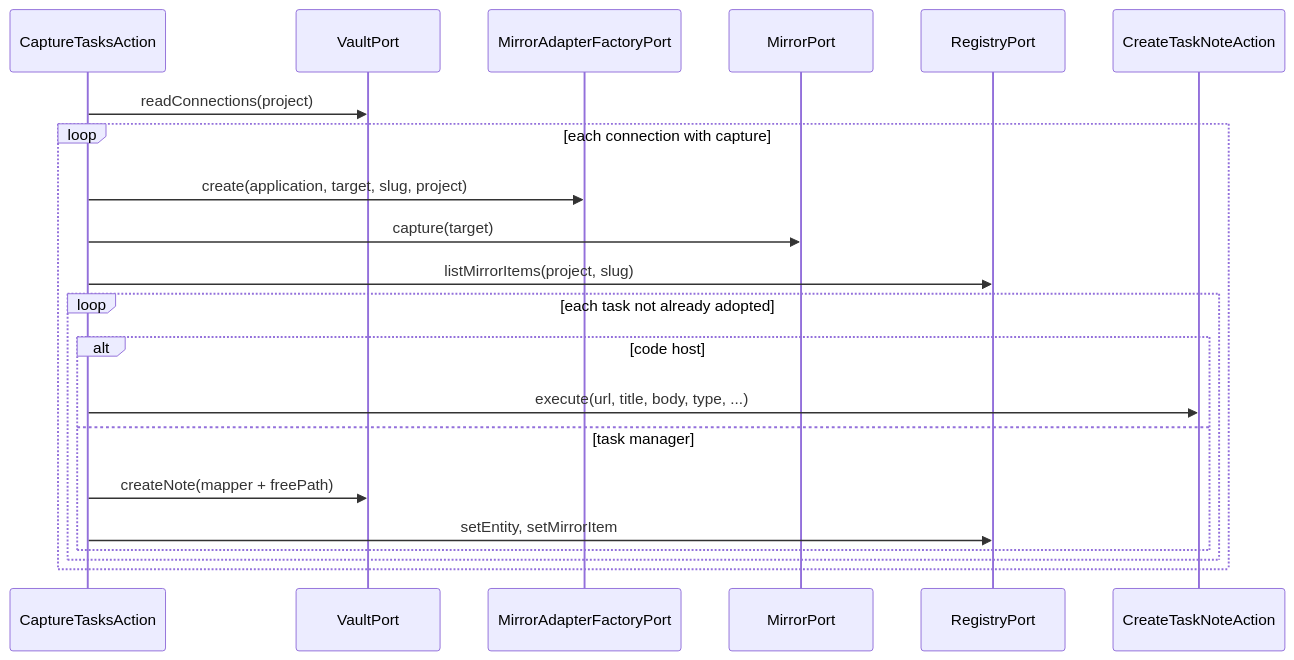
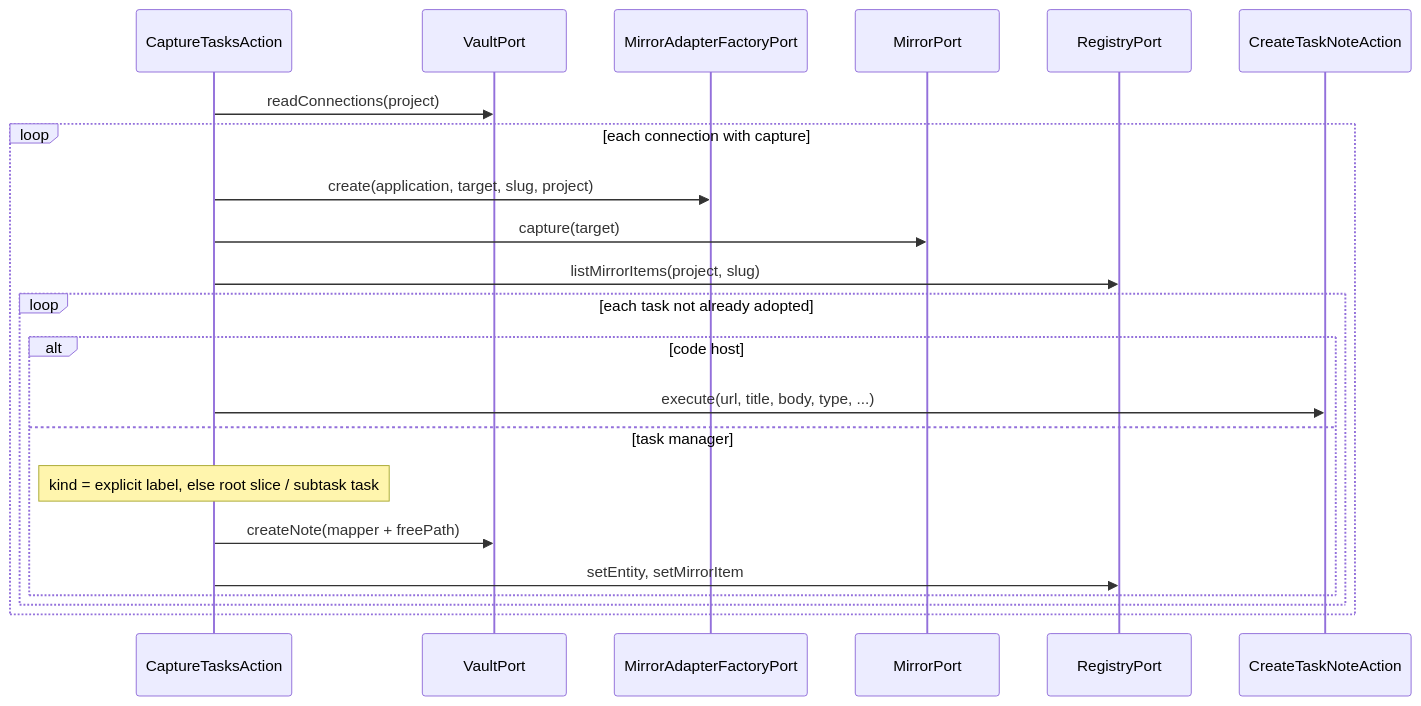
Before and after one commit to 99linesofcode/obsidian-project-management: the eighth of 17 diagrams in docs/developer-manual.md, drawn with Mermaid. The commit also changed other lines of this file and 1 other file, not shown here.

First line of the commit message:
docs(capture): the project gate and the captured kind

````diff
--- a/docs/developer-manual.md
+++ b/docs/developer-manual.md
@@ -452,24 +463,25 @@
 ```mermaid
 sequenceDiagram
   participant C as CaptureTasksAction
   participant V as VaultPort
   participant F as MirrorAdapterFactoryPort
   participant R as MirrorPort
   participant H as RegistryPort
   participant CT as CreateTaskNoteAction
 
   C->>V: readConnections(project)
   loop each connection with capture
     C->>F: create(application, target, slug, project)
     C->>R: capture(target)
     C->>H: listMirrorItems(project, slug)
     loop each task not already adopted
       alt code host
         C->>CT: execute(url, title, body, type, ...)
       else task manager
+        Note over C: kind = explicit label, else root slice / subtask task
         C->>V: createNote(mapper + freePath)
         C->>H: setEntity, setMirrorItem
       end
     end
   end
 ```
````
